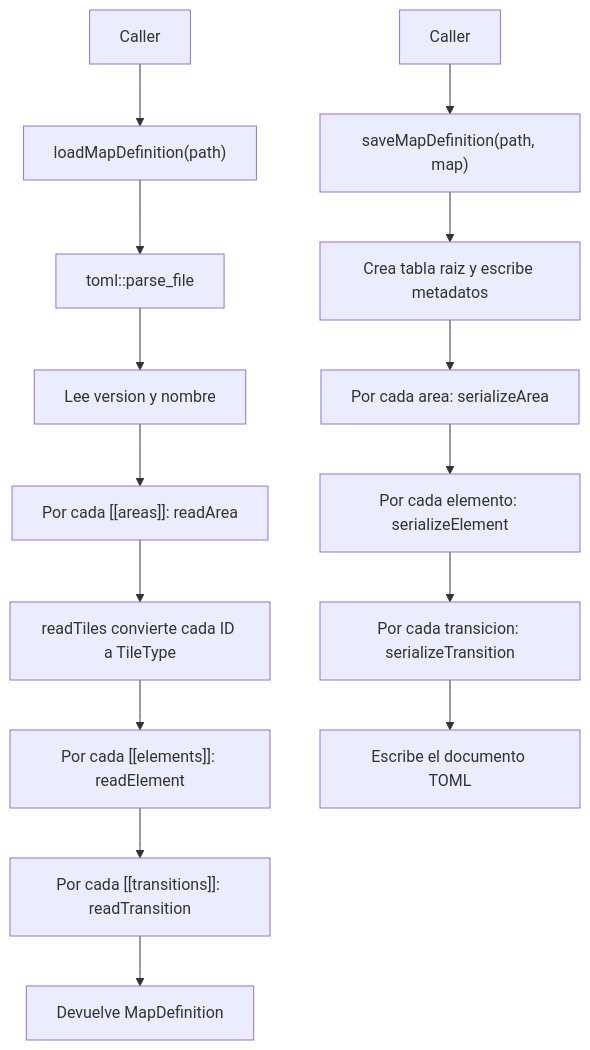
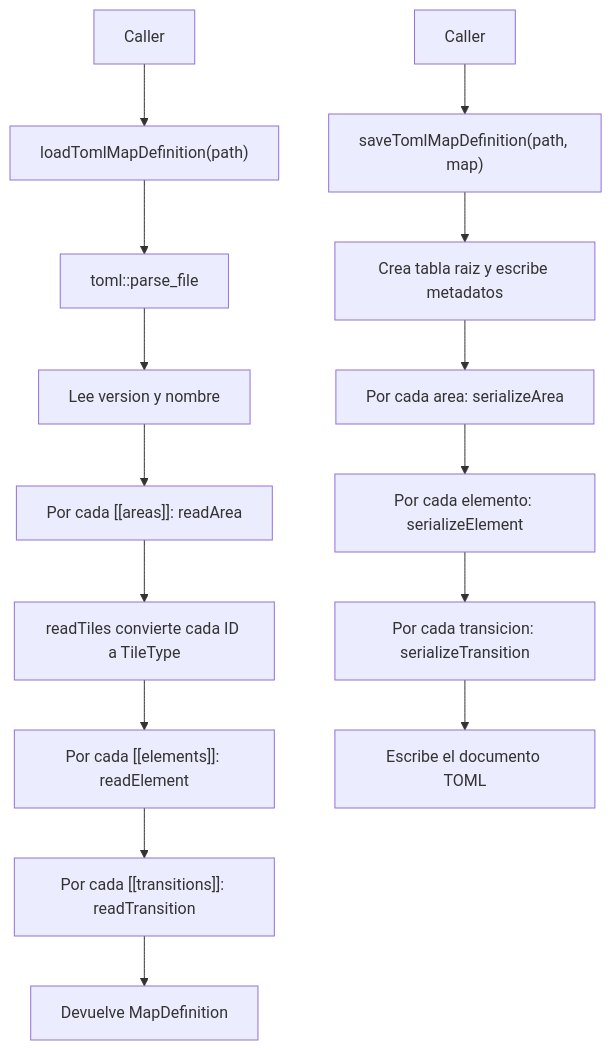
One commit to mmartingarciiaa/stardew-map-editor changed the second of 3 diagrams in src/map/MapValidatorFlow.md. Above: the diagram before and after it, drawn with Mermaid. The commit also changed other lines of this file and 10 other files, not shown here.

Commit message:
refactor(map): migrate to TOML-based map file handling

````diff
--- a/src/map/MapValidatorFlow.md
+++ b/src/map/MapValidatorFlow.md
@@ -29,18 +29,18 @@
 ```mermaid
 flowchart TD
-    LoadCaller["Caller"] --> LoadMap["loadMapDefinition(path)"]
+    LoadCaller["Caller"] --> LoadMap["loadTomlMapDefinition(path)"]
     LoadMap --> ParseMap["toml::parse_file"]
     ParseMap --> Metadata["Lee version y nombre"]
     Metadata --> ReadAreas["Por cada [[areas]]: readArea"]
     ReadAreas --> Tiles["readTiles convierte cada ID a TileType"]
     Tiles --> ReadElements["Por cada [[elements]]: readElement"]
     ReadElements --> ReadTransitions["Por cada [[transitions]]: readTransition"]
     ReadTransitions --> Definition["Devuelve MapDefinition"]
 
-    SaveCaller["Caller"] --> SaveMap["saveMapDefinition(path, map)"]
+    SaveCaller["Caller"] --> SaveMap["saveTomlMapDefinition(path, map)"]
     SaveMap --> Header["Crea tabla raiz y escribe metadatos"]
     Header --> SaveAreas["Por cada area: serializeArea"]
     SaveAreas --> SaveElements["Por cada elemento: serializeElement"]
     SaveElements --> SaveTransitions["Por cada transicion: serializeTransition"]
     SaveTransitions --> File["Escribe el documento TOML"]
 ```
````
